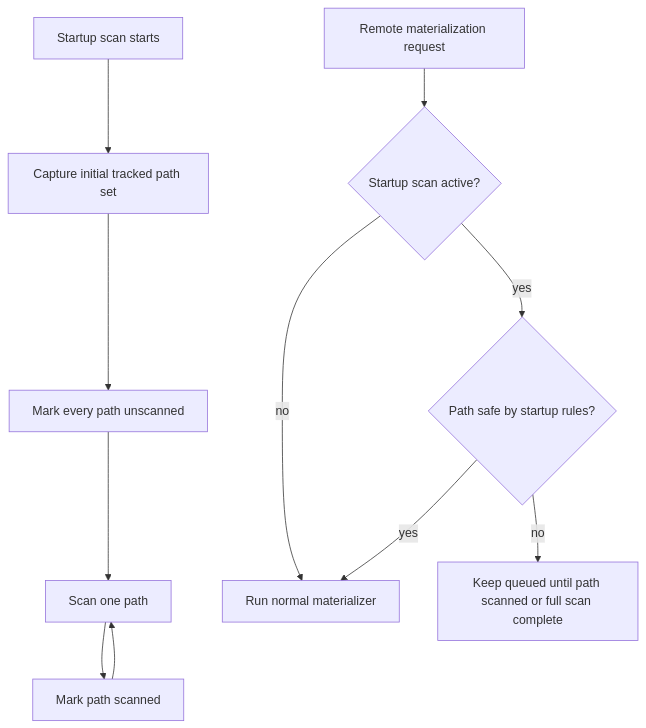
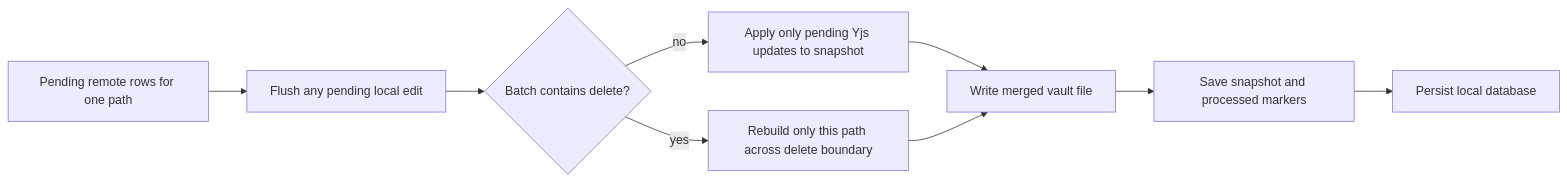
One commit to elcomtik/obsidian-local-sync changed the fourth of 4 diagrams in docs/sync-flow.md. Above: the diagram before and after it, drawn with Mermaid. The commit also changed other lines of this file and 15 other files, not shown here.

````diff
--- a/docs/sync-flow.md
+++ b/docs/sync-flow.md
@@ -93,14 +72,11 @@
 ```mermaid
-flowchart TD
-  A[Startup scan starts] --> B[Capture initial tracked path set]
-  B --> C[Mark every path unscanned]
-  C --> D[Scan one path]
-  D --> E[Mark path scanned]
-  E --> D
-
-  R[Remote materialization request] --> S{Startup scan active?}
-  S -- no --> T[Run normal materializer]
-  S -- yes --> U{Path safe by startup rules?}
-  U -- yes --> T
-  U -- no --> V[Keep queued until path scanned or full scan complete]
+flowchart LR
+  A[Pending remote rows for one path] --> B[Flush any pending local edit]
+  B --> C{Batch contains delete?}
+  C -- no --> D[Apply only pending Yjs updates to snapshot]
+  C -- yes --> E[Rebuild only this path across delete boundary]
+  D --> F[Write merged vault file]
+  E --> F
+  F --> G[Save snapshot and processed markers]
+  G --> H[Persist local database]
 ```
````
